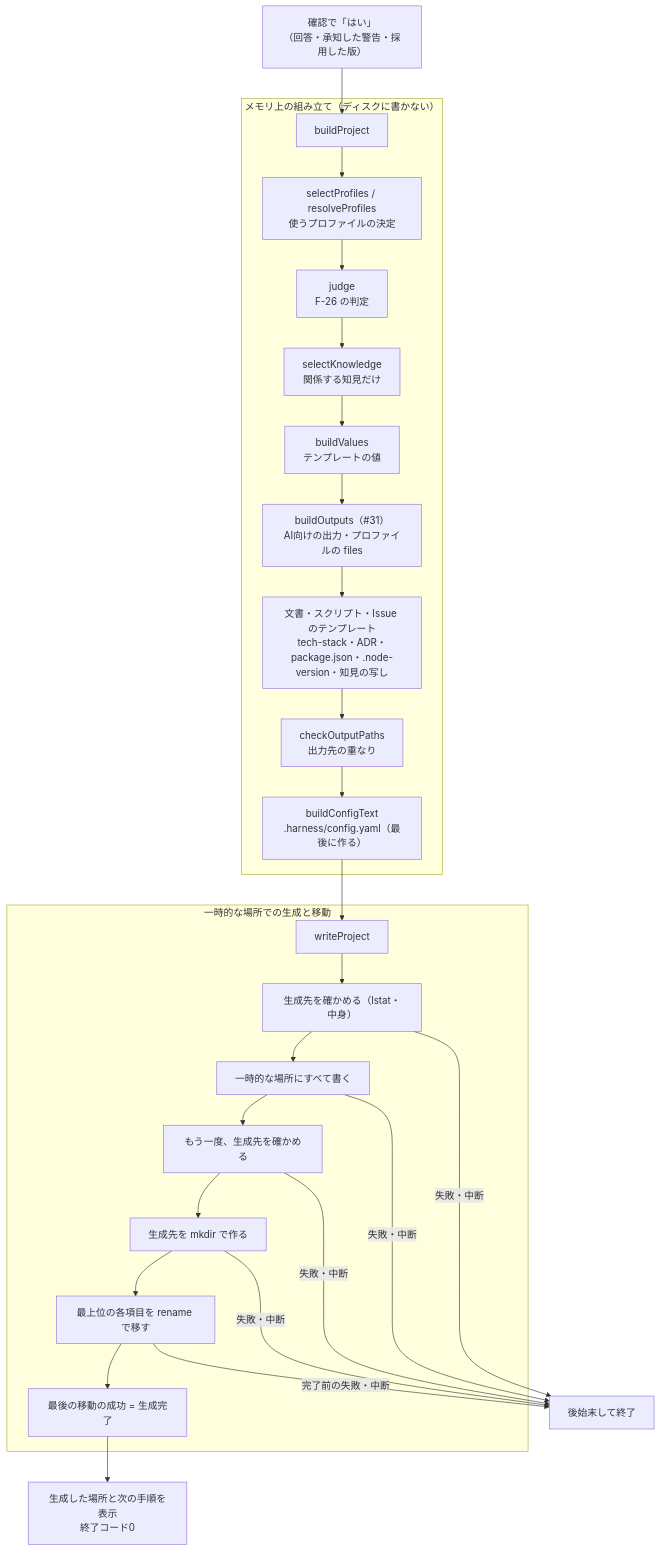
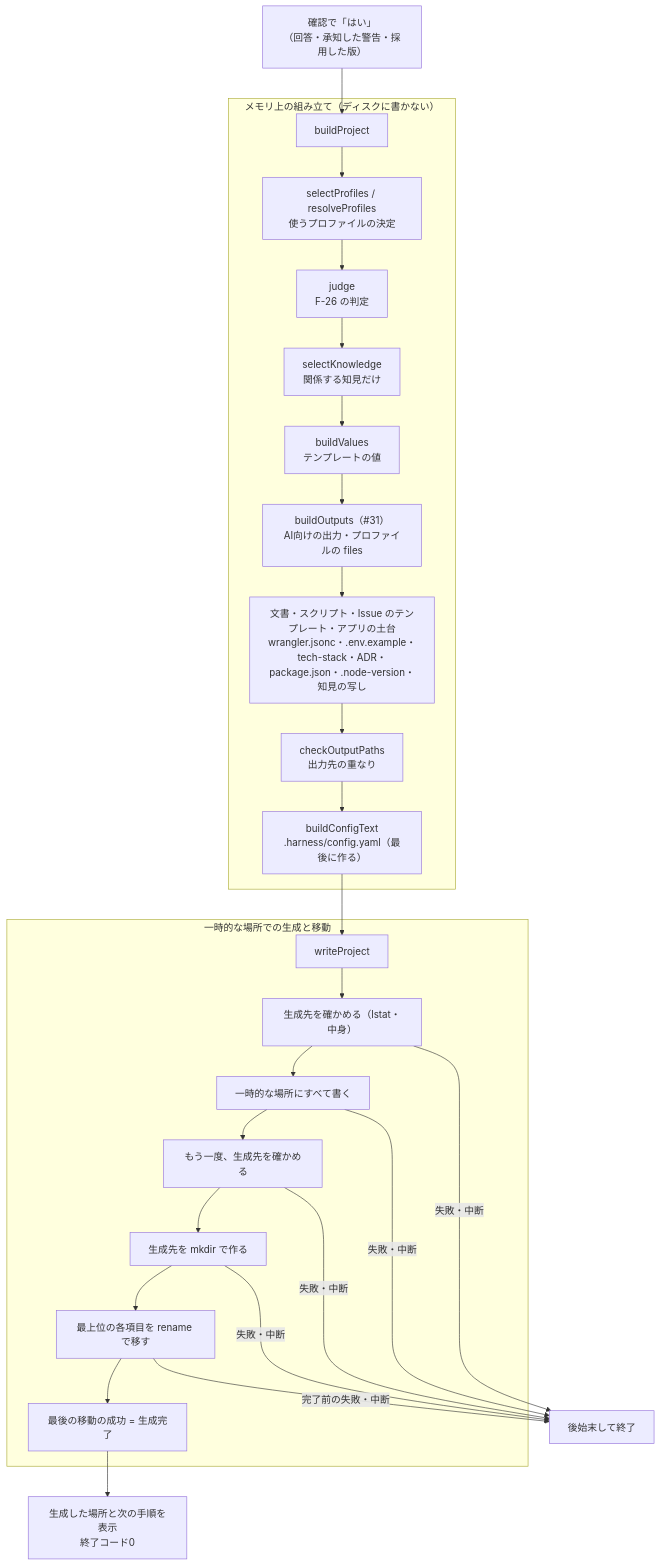
Before and after one commit to ysteam0117/harness: the diagram in docs/design/generation.md, drawn with Mermaid. The commit also changed other lines of this file and 80 other files, not shown here.

````diff
--- a/docs/design/generation.md
+++ b/docs/design/generation.md
@@ -54,29 +56,29 @@
 ```mermaid
 flowchart TD
     OK["確認で「はい」<br/>（回答・承知した警告・採用した版）"] --> BP["buildProject"]
     subgraph BUILD["メモリ上の組み立て（ディスクに書かない）"]
         BP --> SEL["selectProfiles / resolveProfiles<br/>使うプロファイルの決定"]
         SEL --> J["judge<br/>F-26 の判定"]
         J --> K["selectKnowledge<br/>関係する知見だけ"]
         K --> V["buildValues<br/>テンプレートの値"]
         V --> BO["buildOutputs（#31）<br/>AI向けの出力・プロファイルの files"]
-        BO --> TF["文書・スクリプト・Issue のテンプレート<br/>tech-stack・ADR・package.json・.node-version・知見の写し"]
+        BO --> TF["文書・スクリプト・Issue のテンプレート・アプリの土台<br/>wrangler.jsonc・.env.example・tech-stack・ADR・package.json・.node-version・知見の写し"]
         TF --> CK["checkOutputPaths<br/>出力先の重なり"]
         CK --> CFG["buildConfigText<br/>.harness/config.yaml（最後に作る）"]
     end
     CFG --> WP["writeProject"]
     subgraph WRITE["一時的な場所での生成と移動"]
         WP --> I1["生成先を確かめる（lstat・中身）"]
         I1 --> TMP["一時的な場所にすべて書く"]
         TMP --> I2["もう一度、生成先を確かめる"]
         I2 --> MK["生成先を mkdir で作る"]
         MK --> MV["最上位の各項目を rename で移す"]
         MV --> DONE["最後の移動の成功 = 生成完了"]
     end
     I1 -- 失敗・中断 --> RB["後始末して終了"]
     TMP -- 失敗・中断 --> RB
     I2 -- 失敗・中断 --> RB
     MK -- 失敗・中断 --> RB
     MV -- 完了前の失敗・中断 --> RB
     DONE --> OUT["生成した場所と次の手順を表示<br/>終了コード0"]
 ```
````
